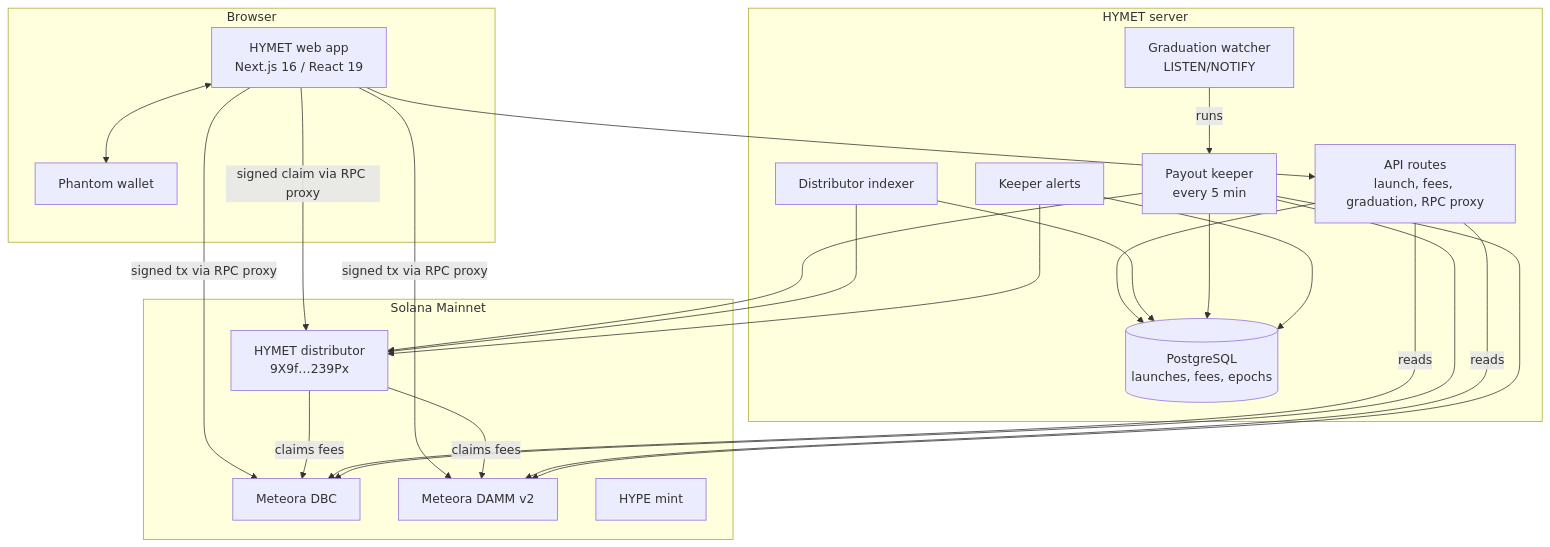
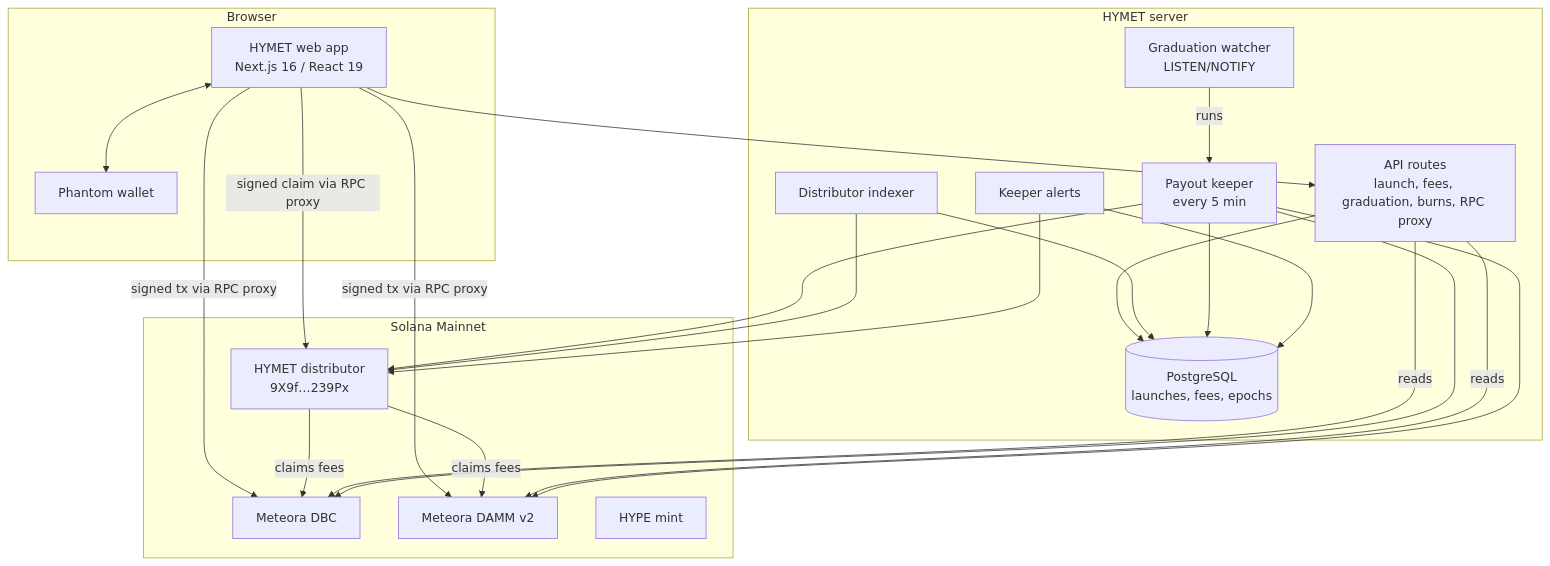
Before and after one commit to Hymetdotfun/hymet: the third of 3 diagrams in README.md, drawn with Mermaid. The commit also changed other lines of this file and 1 other file, not shown here.

First line of the commit message:
Docs: README for the public Mainnet launch and a CHANGELOG

````diff
--- a/README.md
+++ b/README.md
@@ -115,40 +134,40 @@
 ```mermaid
 flowchart TB
     subgraph Browser
       W[Phantom wallet]
       UI[HYMET web app<br/>Next.js 16 / React 19]
     end
     subgraph Server["HYMET server"]
-      API[API routes<br/>launch, fees, graduation, RPC proxy]
+      API[API routes<br/>launch, fees, graduation, burns, RPC proxy]
       DB[(PostgreSQL<br/>launches, fees, epochs)]
       IDX[Distributor indexer]
       KEEP[Payout keeper<br/>every 5 min]
       WATCH[Graduation watcher<br/>LISTEN/NOTIFY]
       ALERT[Keeper alerts]
     end
     subgraph Solana["Solana Mainnet"]
       DBC[Meteora DBC]
       DAMM[Meteora DAMM v2]
       DIST[HYMET distributor<br/>9X9f…239Px]
       HYPE[HYPE mint]
     end
     UI <--> W
     UI --> API
     API --> DB
     UI -- signed tx via RPC proxy --> DBC
     UI -- signed tx via RPC proxy --> DAMM
     UI -- signed claim via RPC proxy --> DIST
     DIST -- claims fees --> DBC
     DIST -- claims fees --> DAMM
     API -- reads --> DBC
     API -- reads --> DAMM
     WATCH -- runs --> KEEP
     KEEP --> DBC
     KEEP --> DAMM
     KEEP --> DIST
     IDX --> DIST
     IDX --> DB
     KEEP --> DB
     ALERT --> DB
     ALERT --> DIST
 ```
````
